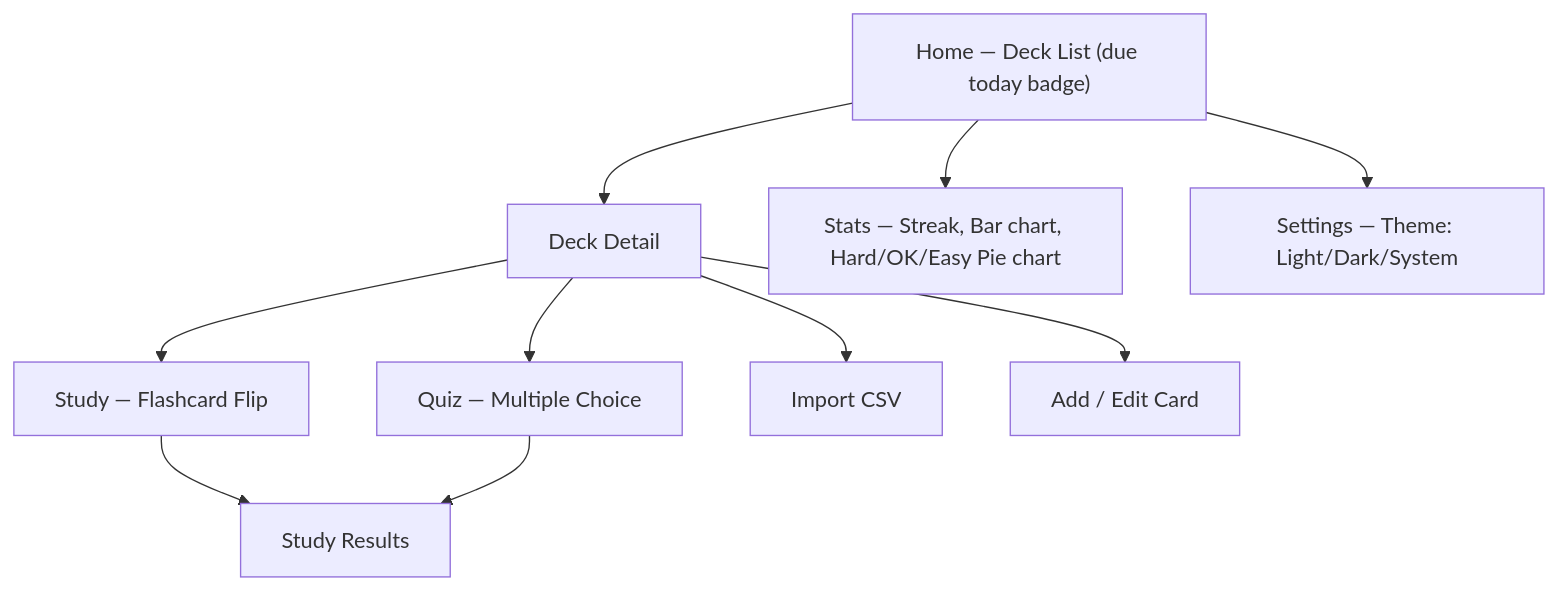
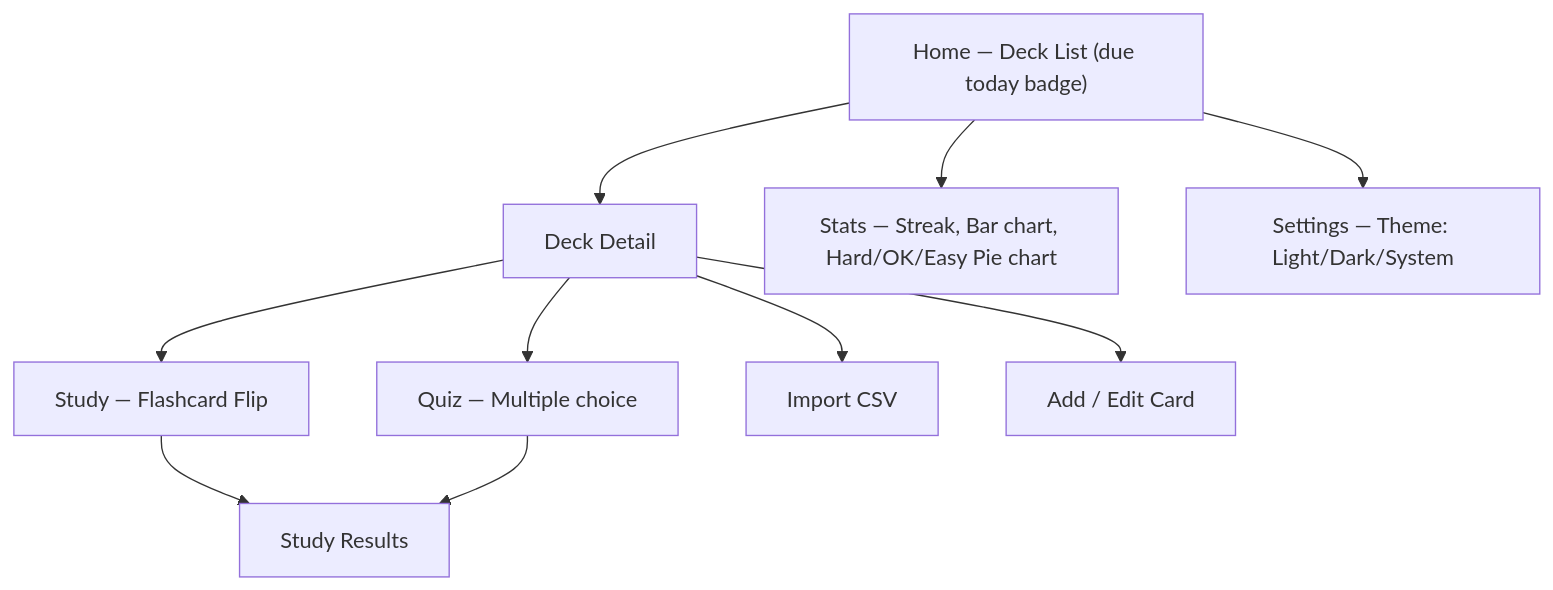
One commit to githubuser2777/ZenFlashCard changed the diagram in Plan_arch/plan_architect.md. Above: the diagram before and after it, drawn with Mermaid. The commit also changed other lines of this file and 5 other files, not shown here.

Commit message:
docs: generate comprehensive system diagrams and documentation hub

````diff
--- a/Plan_arch/plan_architect.md
+++ b/Plan_arch/plan_architect.md
@@ -560,12 +560,12 @@
 ```mermaid
 flowchart TD
     A["Home — Deck List (due today badge)"] --> B[Deck Detail]
     B --> C[Study — Flashcard Flip]
-    B --> D[Quiz — Multiple Choice]
+    B --> D[Quiz — Multiple choice]
     B --> E[Import CSV]
     B --> F[Add / Edit Card]
     A --> G["Stats — Streak, Bar chart, Hard/OK/Easy Pie chart"]
     A --> H["Settings — Theme: Light/Dark/System"]
     C --> I[Study Results]
     D --> I
 ```
````
